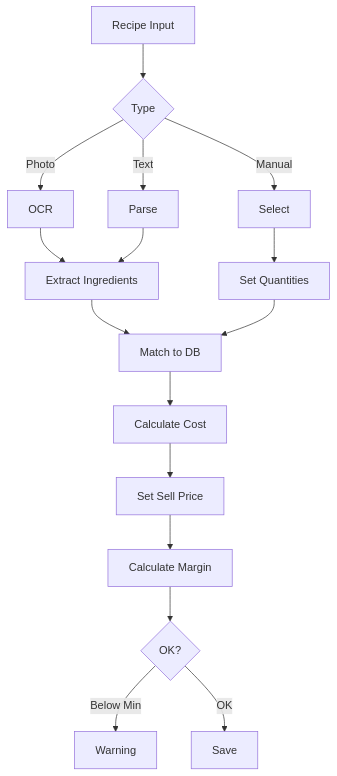
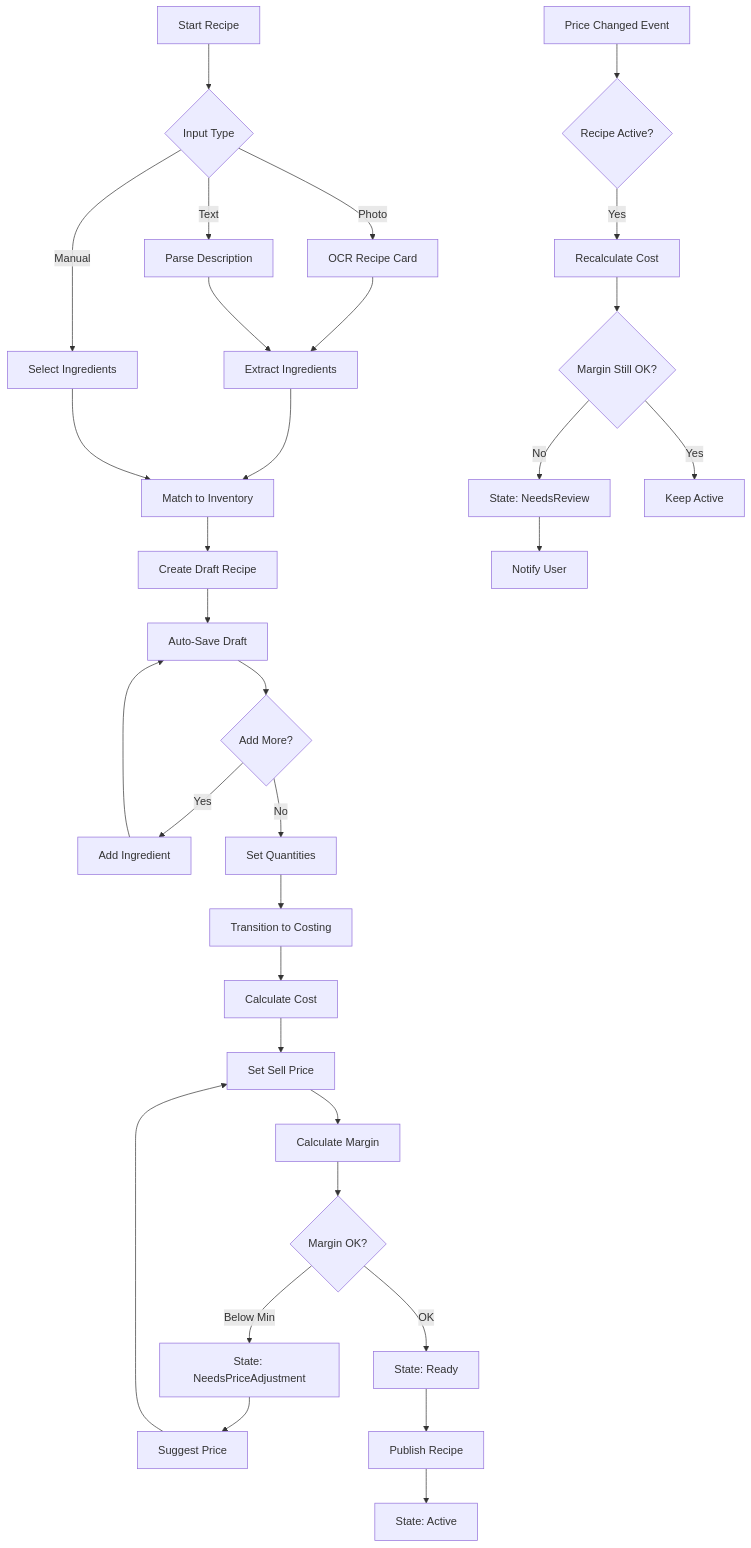
One commit to ardyutama/nastart changed the eighth of 14 diagrams in docs/nastart-complete-docs.md. Above: the diagram before and after it, drawn with Mermaid. The commit also changed other lines of this file and 12 other files, not shown here.

````diff
--- a/docs/nastart-complete-docs.md
+++ b/docs/nastart-complete-docs.md
@@ -505,18 +561,42 @@
 ```mermaid
 flowchart TD
-    A[Recipe Input] --> B{Type}
-    B -->|Photo| C[OCR]
-    B -->|Text| D[Parse]
-    B -->|Manual| E[Select]
+    A[Start Recipe] --> B{Input Type}
+    B -->|Photo| C[OCR Recipe Card]
+    B -->|Text| D[Parse Description]
+    B -->|Manual| E[Select Ingredients]
+    
     C --> F[Extract Ingredients]
     D --> F
-    E --> G[Set Quantities]
-    F --> H[Match to DB]
-    G --> H
-    H --> I[Calculate Cost]
-    I --> J[Set Sell Price]
-    J --> K[Calculate Margin]
-    K --> L{OK?}
-    L -->|Below Min| M[Warning]
-    L -->|OK| N[Save]
+    
+    F --> G[Match to Inventory]
+    E --> G
+    
+    G --> H[Create Draft Recipe]
+    H --> I[Auto-Save Draft]
+    
+    I --> J{Add More?}
+    J -->|Yes| K[Add Ingredient]
+    K --> I
+    J -->|No| L[Set Quantities]
+    
+    L --> M[Transition to Costing]
+    M --> N[Calculate Cost]
+    N --> O[Set Sell Price]
+    O --> P[Calculate Margin]
+    
+    P --> Q{Margin OK?}
+    Q -->|Below Min| R[State: NeedsPriceAdjustment]
+    Q -->|OK| S[State: Ready]
+    R --> T[Suggest Price]
+    T --> O
+    S --> U[Publish Recipe]
+    U --> V[State: Active]
+    
+    %% Price Change Handling
+    W[Price Changed Event] --> X{Recipe Active?}
+    X -->|Yes| Y[Recalculate Cost]
+    Y --> Z{Margin Still OK?}
+    Z -->|No| AA[State: NeedsReview]
+    Z -->|Yes| AB[Keep Active]
+    AA --> AC[Notify User]
 ```
````
